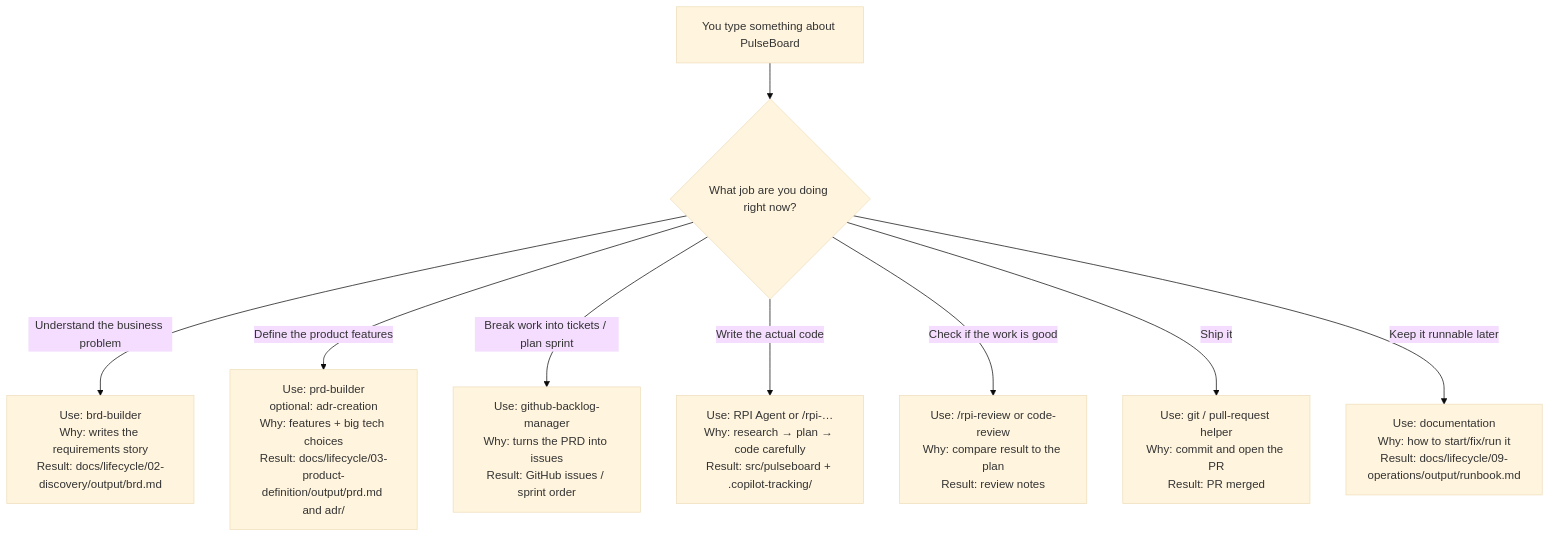
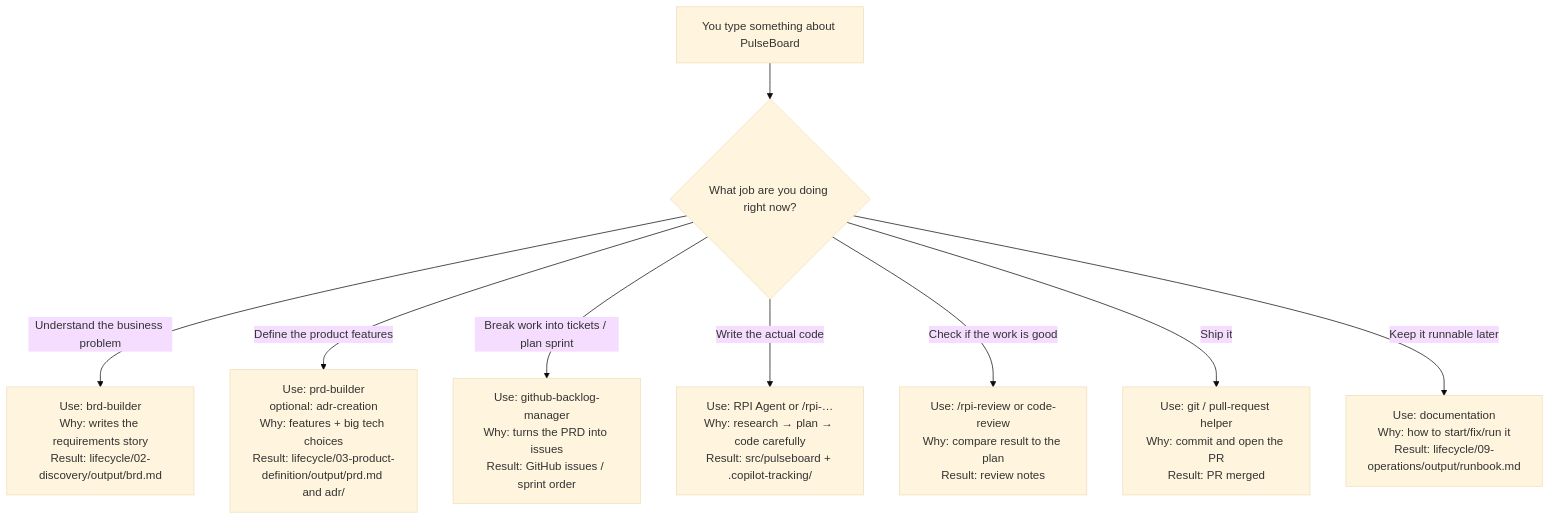
Before and after one commit to AbhranilGit/HVE-Core-Course: the diagram in docs/guides/README.md, drawn with Mermaid (base theme). The commit also changed other lines of this file and 8 other files, not shown here.

````diff
--- a/docs/guides/README.md
+++ b/docs/guides/README.md
@@ -198,18 +198,18 @@
 ```mermaid
 flowchart TB
     Q["You type something about PulseBoard"] --> ST{"What job are you doing right now?"}
 
-    ST -->|Understand the business problem| F2["Use: brd-builder<br/>Why: writes the requirements story<br/>Result: docs/lifecycle/02-discovery/output/brd.md"]
+    ST -->|Understand the business problem| F2["Use: brd-builder<br/>Why: writes the requirements story<br/>Result: lifecycle/02-discovery/output/brd.md"]
 
-    ST -->|Define the product features| F3["Use: prd-builder<br/>optional: adr-creation<br/>Why: features + big tech choices<br/>Result: docs/lifecycle/03-product-definition/output/prd.md and adr/"]
+    ST -->|Define the product features| F3["Use: prd-builder<br/>optional: adr-creation<br/>Why: features + big tech choices<br/>Result: lifecycle/03-product-definition/output/prd.md and adr/"]
 
     ST -->|Break work into tickets / plan sprint| F45["Use: github-backlog-manager<br/>Why: turns the PRD into issues<br/>Result: GitHub issues / sprint order"]
 
     ST -->|Write the actual code| F6["Use: RPI Agent or /rpi-…<br/>Why: research → plan → code carefully<br/>Result: src/pulseboard + .copilot-tracking/"]
 
     ST -->|Check if the work is good| F7["Use: /rpi-review or code-review<br/>Why: compare result to the plan<br/>Result: review notes"]
 
     ST -->|Ship it| F8["Use: git / pull-request helper<br/>Why: commit and open the PR<br/>Result: PR merged"]
 
-    ST -->|Keep it runnable later| F9["Use: documentation<br/>Why: how to start/fix/run it<br/>Result: docs/lifecycle/09-operations/output/runbook.md"]
+    ST -->|Keep it runnable later| F9["Use: documentation<br/>Why: how to start/fix/run it<br/>Result: lifecycle/09-operations/output/runbook.md"]
 ```
````
